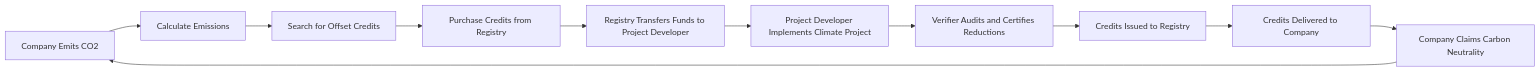
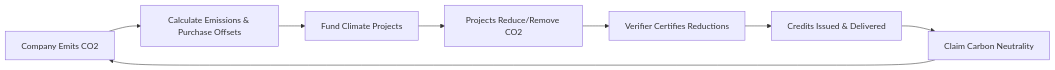
Before and after one commit to co3org/Industrial-Decarbonization: the first of 3 diagrams in Offsetting.md, drawn with Mermaid. The commit also changed other lines of this file, not shown here.

Commit message:
Offsetting diagrams fixes

````diff
--- a/Offsetting.md
+++ b/Offsetting.md
@@ -42,13 +42,10 @@
 ```mermaid
 graph LR
-    A[Company Emits CO2] --> B[Calculate Emissions]
-    B --> C[Search for Offset Credits]
-    C --> D[Purchase Credits from Registry]
-    D --> E[Registry Transfers Funds to Project Developer]
-    E --> F[Project Developer Implements Climate Project]
-    F --> G[Verifier Audits and Certifies Reductions]
-    G --> H[Credits Issued to Registry]
-    H --> I[Credits Delivered to Company]
-    I --> J[Company Claims Carbon Neutrality]
-    J --> A
+    A[Company Emits CO2] --> B[Calculate Emissions & Purchase Offsets]
+    B --> C[Fund Climate Projects]
+    C --> D[Projects Reduce/Remove CO2]
+    D --> E[Verifier Certifies Reductions]
+    E --> F[Credits Issued & Delivered]
+    F --> G[Claim Carbon Neutrality]
+    G --> A
 ```
````
